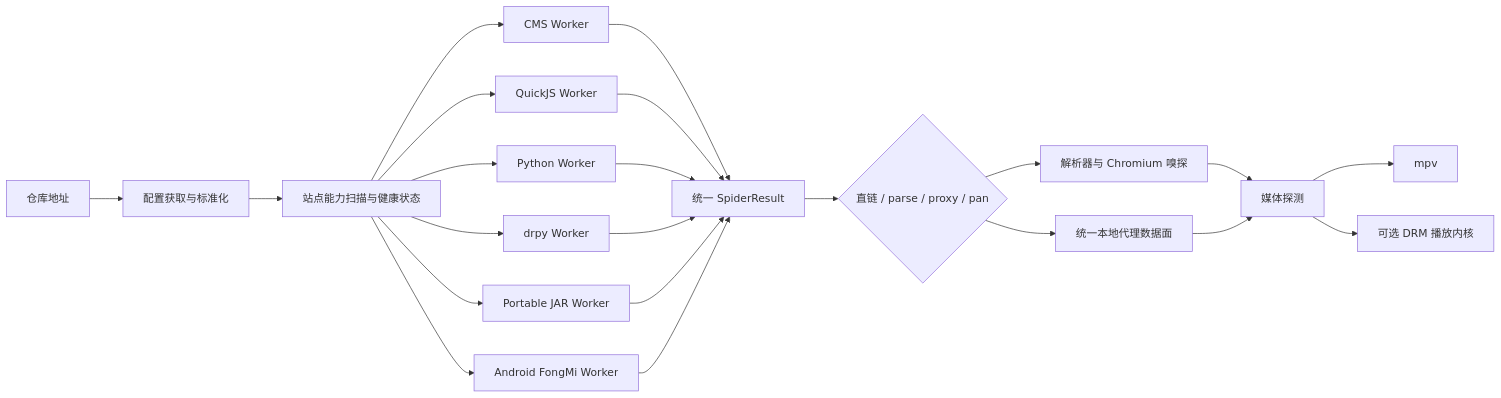
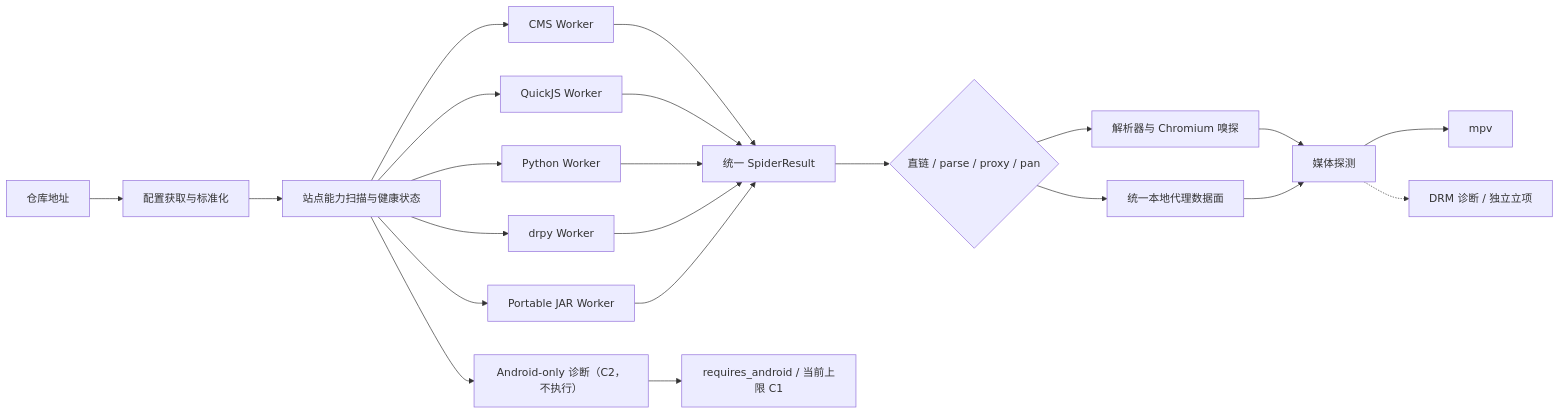
Before and after one commit to Arimayuki03/YuKi: the first of 2 diagrams in docs/TVBOX_FONGMI_PARITY_TASKS.md, drawn with Mermaid. The commit also changed other lines of this file and 98 other files, not shown here.

````diff
--- a/docs/TVBOX_FONGMI_PARITY_TASKS.md
+++ b/docs/TVBOX_FONGMI_PARITY_TASKS.md
@@ -111,24 +123,24 @@
 ```mermaid
 flowchart LR
     A["仓库地址"] --> B["配置获取与标准化"]
     B --> C["站点能力扫描与健康状态"]
     C --> D["CMS Worker"]
     C --> E["QuickJS Worker"]
     C --> F["Python Worker"]
     C --> G["drpy Worker"]
     C --> H["Portable JAR Worker"]
-    C --> I["Android FongMi Worker"]
+    C --> I["Android-only 诊断（C2，不执行）"]
     D --> J["统一 SpiderResult"]
     E --> J
     F --> J
     G --> J
     H --> J
-    I --> J
+    I --> Q["requires_android / 当前上限 C1"]
     J --> K{"直链 / parse / proxy / pan"}
     K --> L["解析器与 Chromium 嗅探"]
     K --> M["统一本地代理数据面"]
     L --> N["媒体探测"]
     M --> N
     N --> O["mpv"]
-    N --> P["可选 DRM 播放内核"]
+    N -.-> P["DRM 诊断 / 独立立项"]
 ```
````
